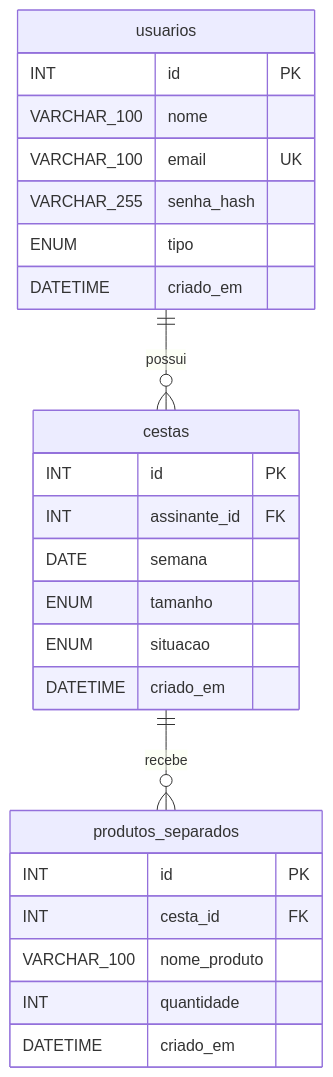
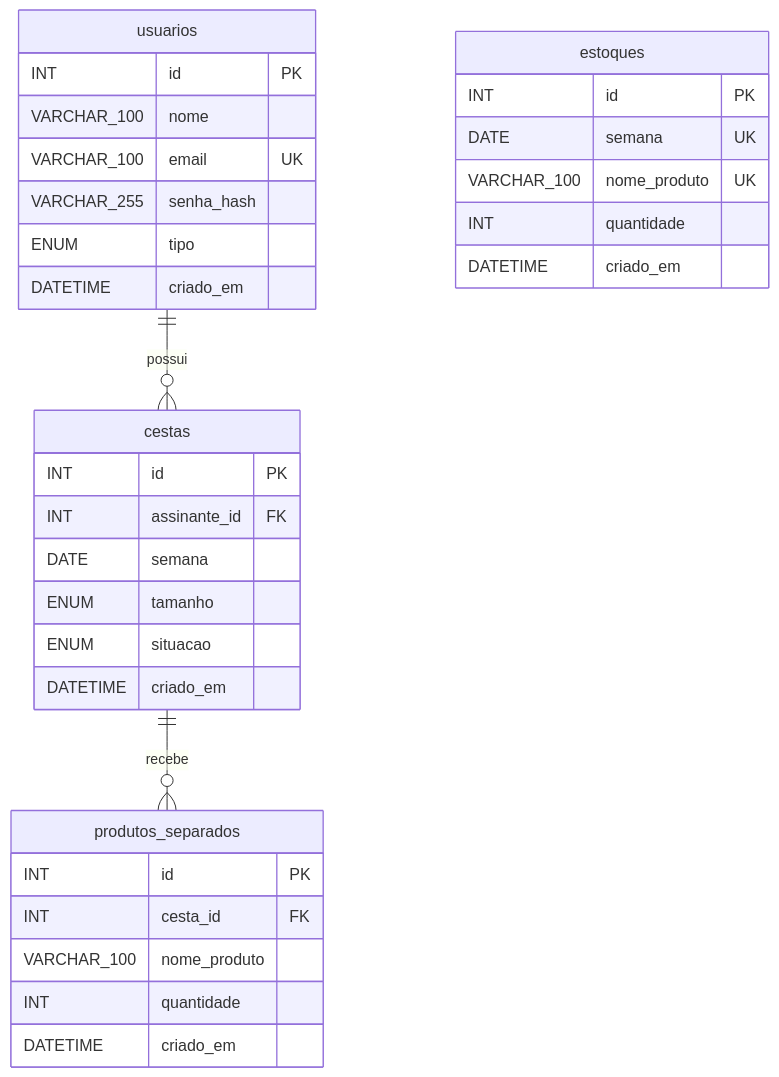
One commit to GustavoWachholz/atividade-backend changed the diagram in docs/DER.md. Above: the diagram before and after it, drawn with Mermaid. The commit also changed other lines of this file and 51 other files, not shown here.

````diff
--- a/docs/DER.md
+++ b/docs/DER.md
@@ -7,28 +8,35 @@
 ```mermaid
 erDiagram
     usuarios ||--o{ cestas : possui
     cestas ||--o{ produtos_separados : recebe
     usuarios {
         INT id PK
         VARCHAR_100 nome
         VARCHAR_100 email UK
         VARCHAR_255 senha_hash
         ENUM tipo
         DATETIME criado_em
     }
     cestas {
         INT id PK
         INT assinante_id FK
         DATE semana
         ENUM tamanho
         ENUM situacao
         DATETIME criado_em
     }
     produtos_separados {
         INT id PK
         INT cesta_id FK
         VARCHAR_100 nome_produto
         INT quantidade
         DATETIME criado_em
     }
+    estoques {
+        INT id PK
+        DATE semana UK
+        VARCHAR_100 nome_produto UK
+        INT quantidade
+        DATETIME criado_em
+    }
 ```
````
